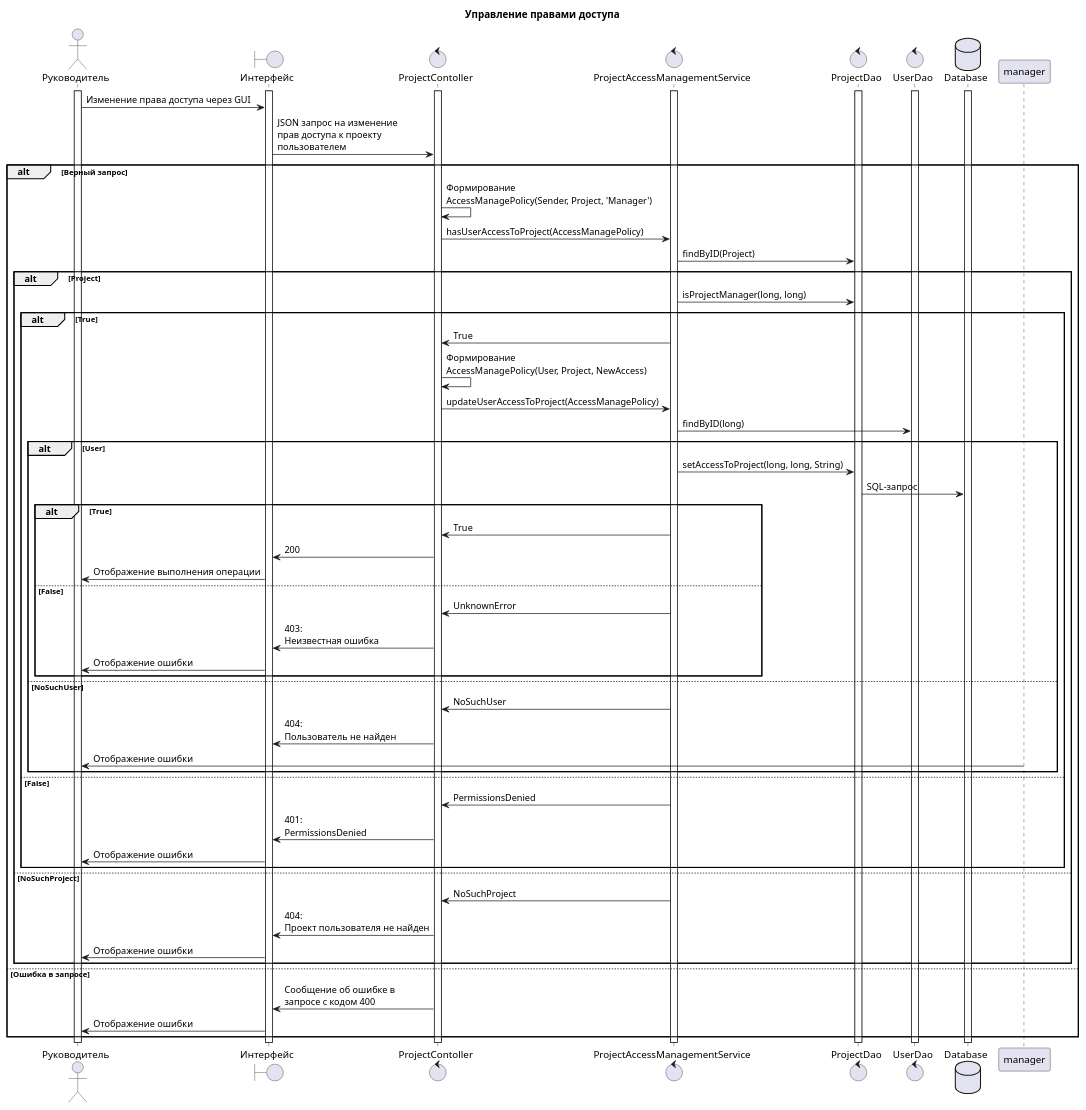
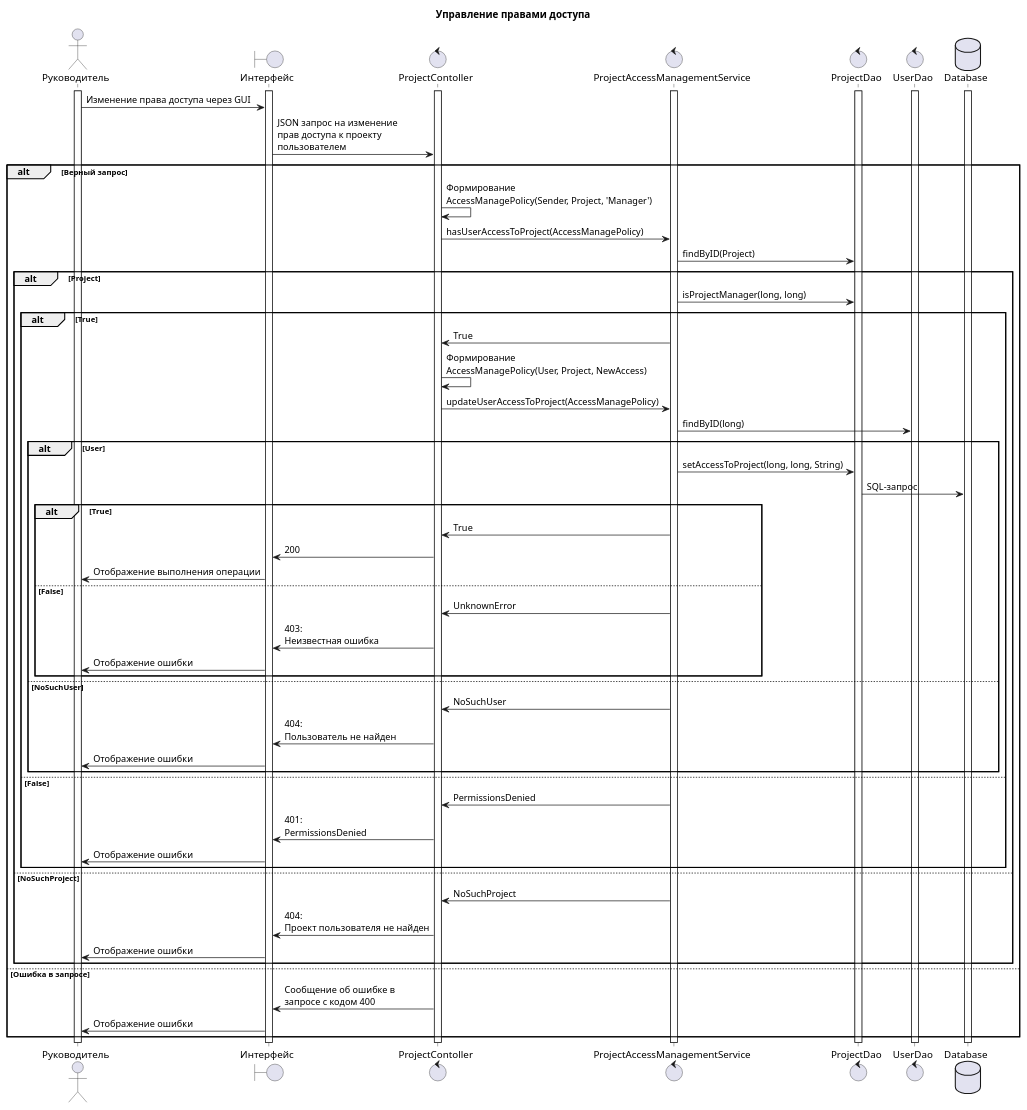
One commit to penamarth/bsbo-02-21_team_var7_erp changed the diagram in UML diagrams/Sequence diagrams/manage-access-rights.wsd. Above: the diagram before and after it, drawn with PlantUML. The commit also changed 1 other file, not shown here.

Commit message:
Modified sequence diagram: Morgachyow

```diff
--- a/UML diagrams/Sequence diagrams/manage-access-rights.wsd
+++ b/UML diagrams/Sequence diagrams/manage-access-rights.wsd
@@ -1,69 +1,69 @@
 @startuml sequence
 title Управление правами доступа
 
 actor Руководитель as user
 boundary "Интерфейс" as site
 control ProjectContoller as pcont
 control ProjectAccessManagementService as amserv
 control ProjectDao as pdao 
 control UserDao as udao
 database Database as db
 
 activate user
 activate site
 activate db
 activate pcont
 activate amserv
 activate pdao
 activate udao
 
 user -> site : Изменение права доступа через GUI
 site -> pcont : JSON запрос на изменение\nправ доступа к проекту\nпользователем
 
 alt Верный запрос
     pcont -> pcont : Формирование\nAccessManagePolicy(Sender, Project, 'Manager')
     pcont -> amserv : hasUserAccessToProject(AccessManagePolicy)
     amserv -> pdao : findByID(Project)
     alt Project
         amserv -> pdao : isProjectManager(long, long)
         alt True
             pcont <- amserv : True
             pcont -> pcont : Формирование\nAccessManagePolicy(User, Project, NewAccess)
             pcont -> amserv: updateUserAccessToProject(AccessManagePolicy)
             amserv -> udao : findByID(long)
             alt User
                 amserv -> pdao : setAccessToProject(long, long, String)
                 pdao -> db : SQL-запрос
                 alt True
                     pcont <- amserv : True
                     site <- pcont : 200
                     user <- site : Отображение выполнения операции
                 else False
                     pcont <- amserv : UnknownError 
                     site <- pcont : 403:\nНеизвестная ошибка
                     user <- site : Отображение ошибки
                 end
             else NoSuchUser
                 pcont <- amserv : NoSuchUser
                 site <- pcont : 404:\nПользователь не найден
-                user <- manager : Отображение ошибки
+                user <- site : Отображение ошибки
             end
         
         else False
             pcont <- amserv : PermissionsDenied
             site <- pcont : 401:\nPermissionsDenied
             user <- site : Отображение ошибки
         end
     else NoSuchProject
         pcont <- amserv : NoSuchProject
         site <- pcont : 404:\nПроект пользователя не найден
         user <- site : Отображение ошибки
     end
     
 else Ошибка в запросе
     pcont -> site : Сообщение об ошибке в\nзапросе с кодом 400
     user <- site : Отображение ошибки
 end
 
 
 @enduml
```
